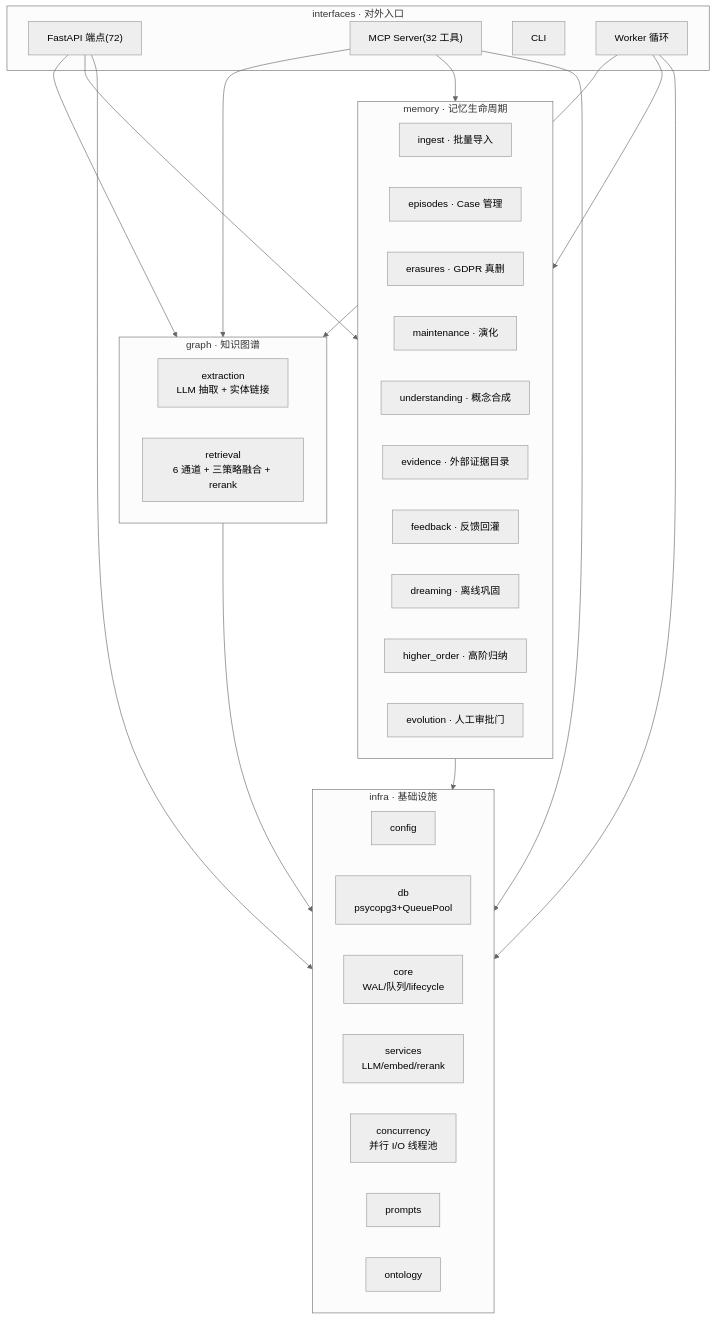
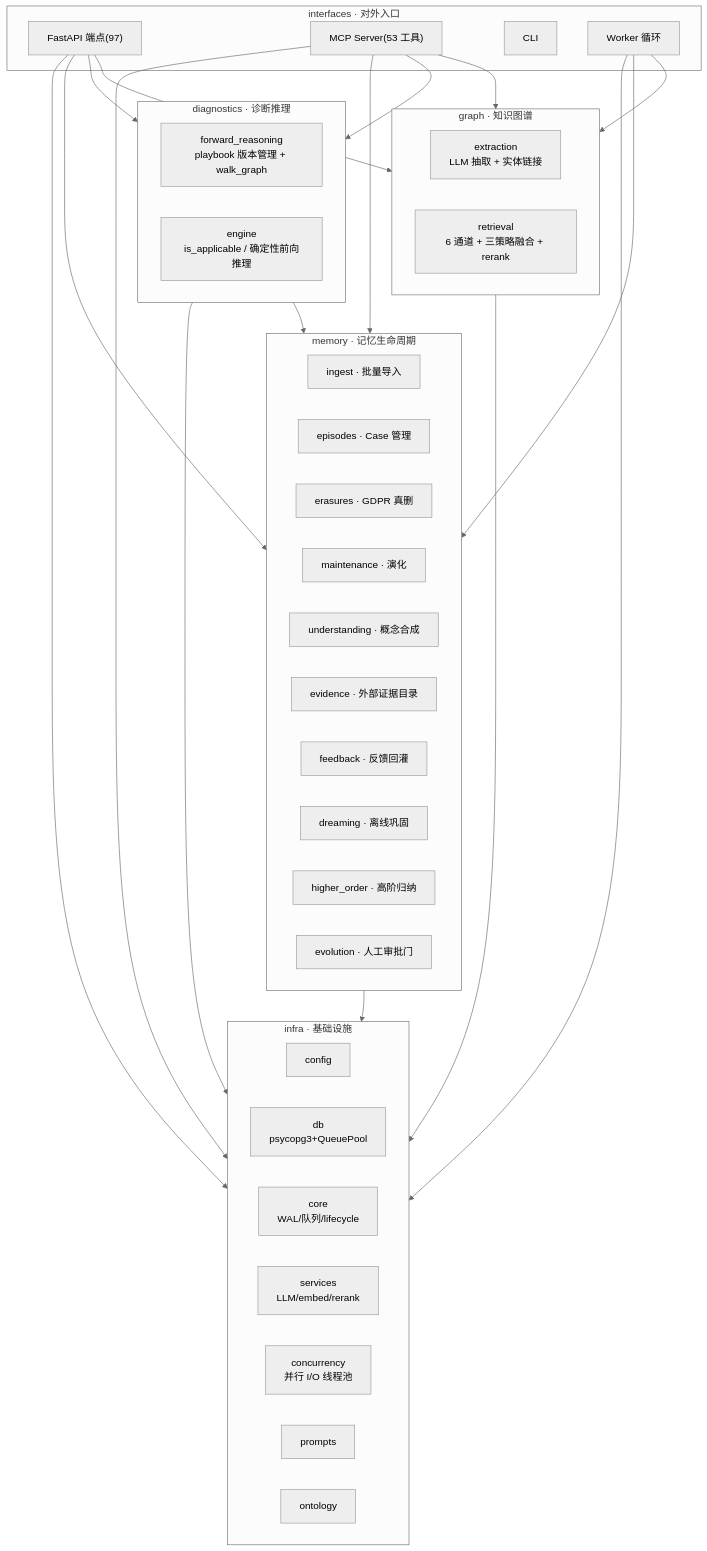
Before and after one commit to pty819/cortex-py-book: the first of 11 diagrams in source/chapters/23-architecture-diagrams.md, drawn with Mermaid (neutral theme). The commit also changed other lines of this file and 27 other files, not shown here.

````diff
--- a/source/chapters/23-architecture-diagrams.md
+++ b/source/chapters/23-architecture-diagrams.md
@@ -29,46 +29,54 @@
 ```{mermaid}
 graph TB
     subgraph interfaces ["interfaces · 对外入口"]
-        API["FastAPI 端点(72)"]
-        MCP["MCP Server(32 工具)"]
+        API["FastAPI 端点(97)"]
+        MCP["MCP Server(53 工具)"]
         CLI["CLI"]
         WK["Worker 循环"]
     end
     subgraph graph_ ["graph · 知识图谱"]
         EXT["extraction<br/>LLM 抽取 + 实体链接"]
         RET["retrieval<br/>6 通道 + 三策略融合 + rerank"]
+    end
+    subgraph diag ["diagnostics · 诊断推理"]
+        FR["forward_reasoning<br/>playbook 版本管理 + walk_graph"]
+        ENG["engine<br/>is_applicable / 确定性前向推理"]
     end
     subgraph memory ["memory · 记忆生命周期"]
         INGEST["ingest · 批量导入"]
         EPI["episodes · Case 管理"]
         ERASE["erasures · GDPR 真删"]
         MAINT["maintenance · 演化"]
         UNDER["understanding · 概念合成"]
         EVD["evidence · 外部证据目录"]
         FB["feedback · 反馈回灌"]
         DREAM["dreaming · 离线巩固"]
         HO["higher_order · 高阶归纳"]
         EVO["evolution · 人工审批门"]
     end
     subgraph infra ["infra · 基础设施"]
         CFG["config"]
         DB["db<br/>psycopg3+QueuePool"]
         CORE["core<br/>WAL/队列/lifecycle"]
         SVC["services<br/>LLM/embed/rerank"]
         CONC["concurrency<br/>并行 I/O 线程池"]
         PROMPT["prompts"]
         ONTO["ontology"]
     end
 
     API --> graph_
+    API --> diag
     API --> memory
     API --> infra
     MCP --> graph_
+    MCP --> diag
     MCP --> memory
     MCP --> infra
     WK --> graph_
     WK --> memory
     WK --> infra
     graph_ --> infra
+    diag --> memory
+    diag --> infra
     memory --> infra
 ```
````
